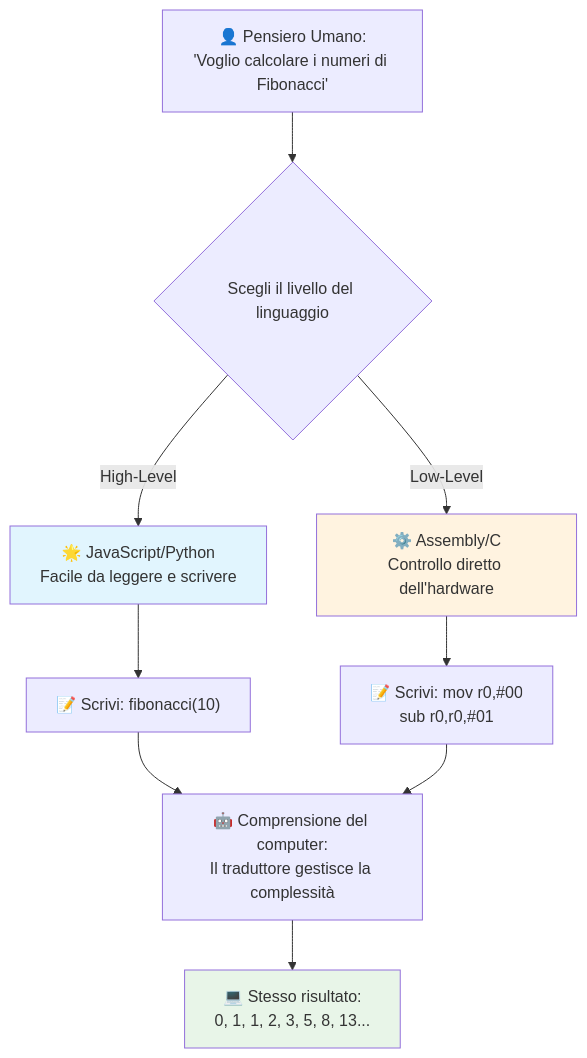
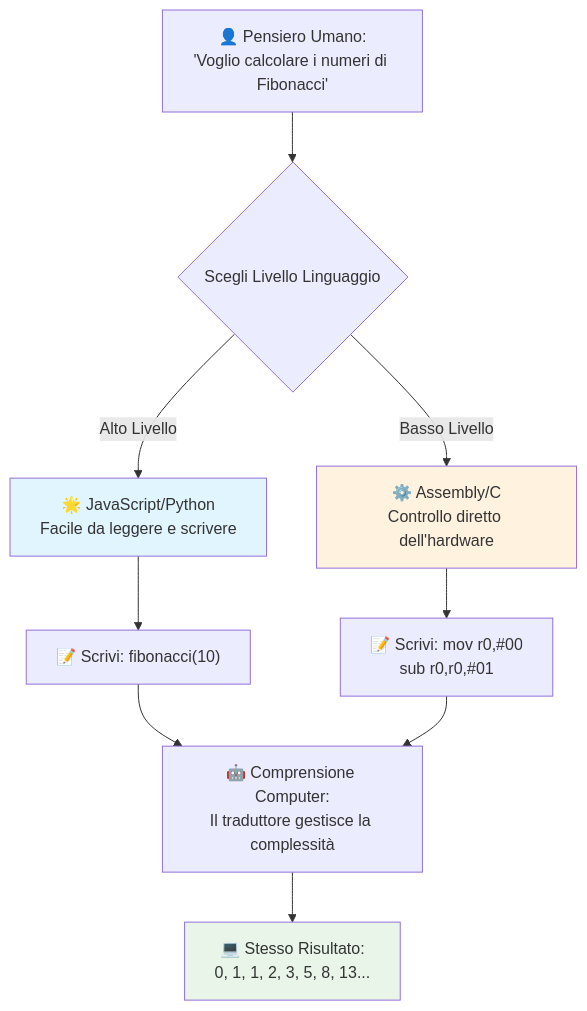
Before and after one commit to microsoft/Web-Dev-For-Beginners: the third of 7 diagrams in translations/it/1-getting-started-lessons/1-intro-to-programming-languages/README.md, drawn with Mermaid. The commit also changed other lines of this file and 8 other files, not shown here.

````diff
--- a/translations/it/1-getting-started-lessons/1-intro-to-programming-languages/README.md
+++ b/translations/it/1-getting-started-lessons/1-intro-to-programming-languages/README.md
@@ -148,19 +148,19 @@
 ```mermaid
 flowchart TB
-    A["👤 Pensiero Umano:<br/>'Voglio calcolare i numeri di Fibonacci'"] --> B{Scegli il livello del linguaggio}
+    A["👤 Pensiero Umano:<br/>'Voglio calcolare i numeri di Fibonacci'"] --> B{Scegli Livello Linguaggio}
     
-    B -->|High-Level| C["🌟 JavaScript/Python<br/>Facile da leggere e scrivere"]
-    B -->|Low-Level| D["⚙️ Assembly/C<br/>Controllo diretto dell'hardware"]
+    B -->|Alto Livello| C["🌟 JavaScript/Python<br/>Facile da leggere e scrivere"]
+    B -->|Basso Livello| D["⚙️ Assembly/C<br/>Controllo diretto dell'hardware"]
     
     C --> E["📝 Scrivi: fibonacci(10)"]
     D --> F["📝 Scrivi: mov r0,#00<br/>sub r0,r0,#01"]
     
-    E --> G["🤖 Comprensione del computer:<br/>Il traduttore gestisce la complessità"]
+    E --> G["🤖 Comprensione Computer:<br/>Il traduttore gestisce la complessità"]
     F --> G
     
-    G --> H["💻 Stesso risultato:<br/>0, 1, 1, 2, 3, 5, 8, 13..."]
+    G --> H["💻 Stesso Risultato:<br/>0, 1, 1, 2, 3, 5, 8, 13..."]
     
     style C fill:#e1f5fe
     style D fill:#fff3e0
     style H fill:#e8f5e8
 ```
````
